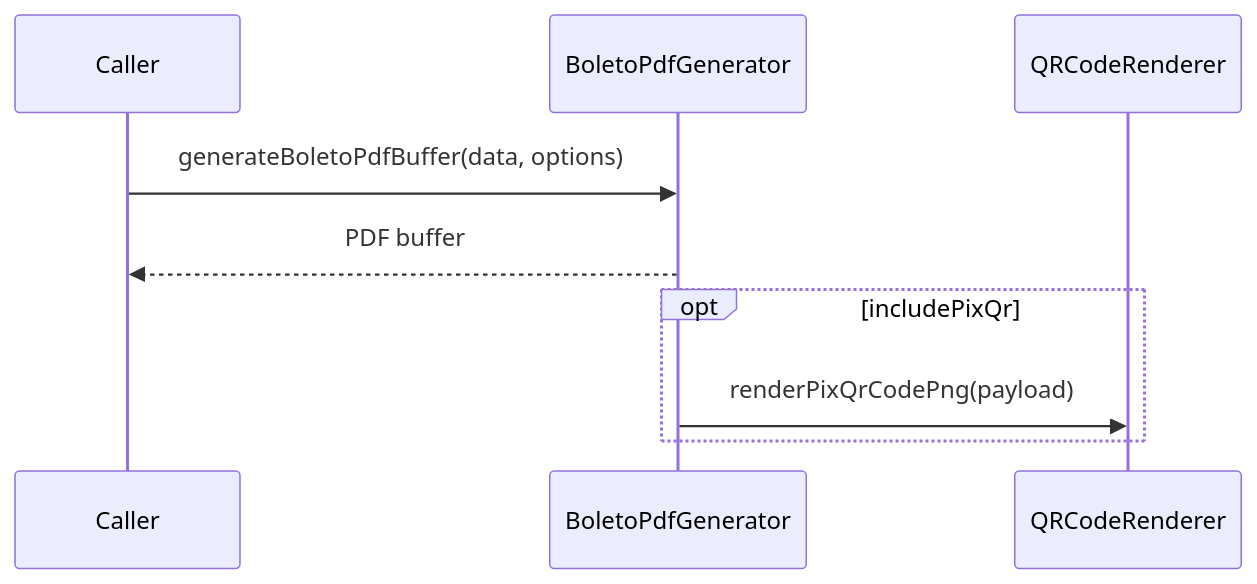
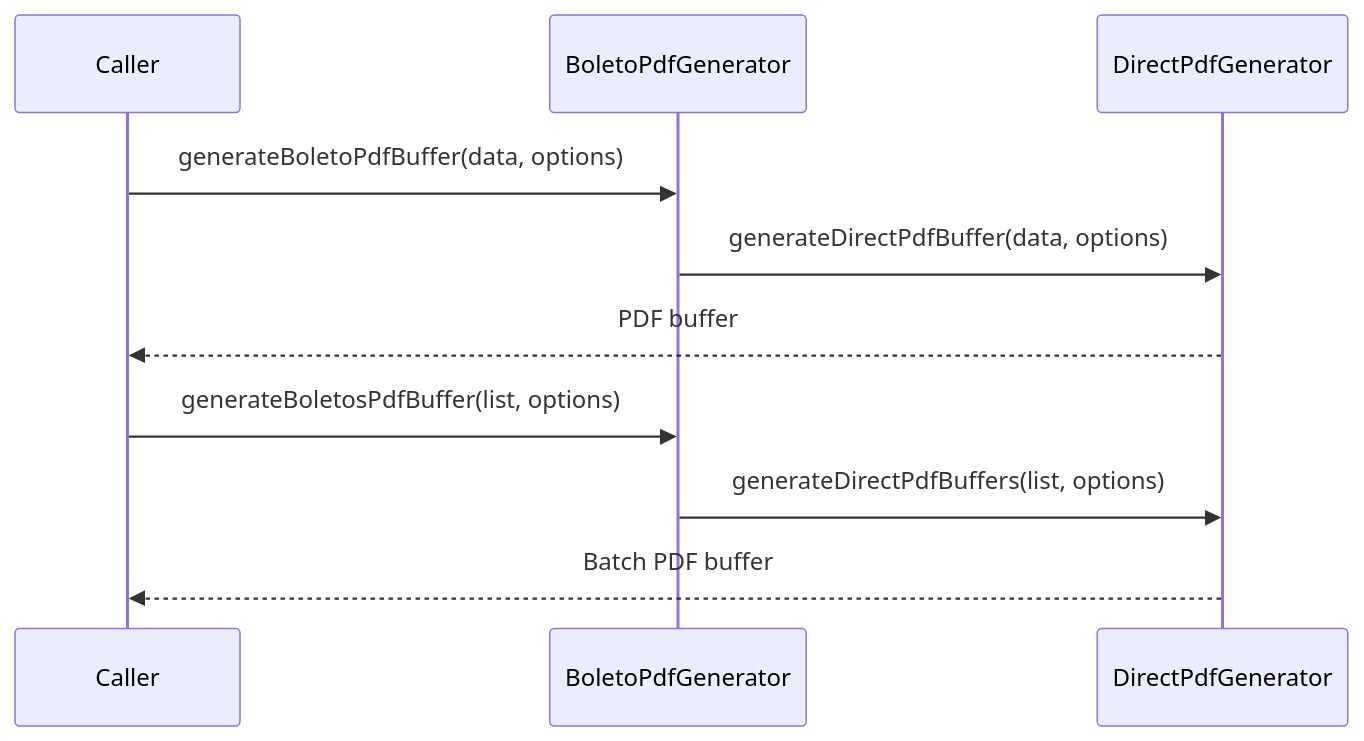
The diagram in src/generators/pdf/BoletoPdfGenerator.doc.md (linkiez/BoletoSDK), drawn with Mermaid before and after one commit. The commit also changed other lines of this file and 12 other files, not shown here.

````diff
--- a/src/generators/pdf/BoletoPdfGenerator.doc.md
+++ b/src/generators/pdf/BoletoPdfGenerator.doc.md
@@ -40,12 +63,13 @@
 ```mermaid
 sequenceDiagram
   participant Caller as Caller
-  participant PDF as BoletoPdfGenerator
-  participant QR as QRCodeRenderer
+  participant Entry as BoletoPdfGenerator
+  participant Direct as DirectPdfGenerator
 
-  Caller->>PDF: generateBoletoPdfBuffer(data, options)
-  PDF-->>Caller: PDF buffer
-  opt includePixQr
-    PDF->>QR: renderPixQrCodePng(payload)
-  end
+  Caller->>Entry: generateBoletoPdfBuffer(data, options)
+  Entry->>Direct: generateDirectPdfBuffer(data, options)
+  Direct-->>Caller: PDF buffer
+  Caller->>Entry: generateBoletosPdfBuffer(list, options)
+  Entry->>Direct: generateDirectPdfBuffers(list, options)
+  Direct-->>Caller: Batch PDF buffer
 ```
````
